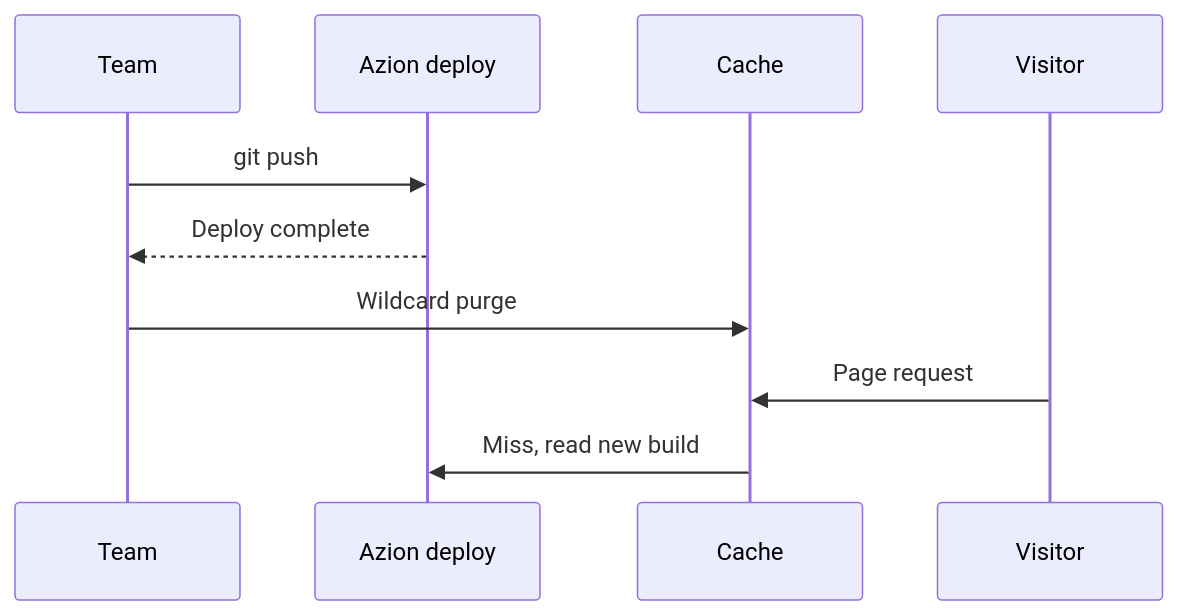
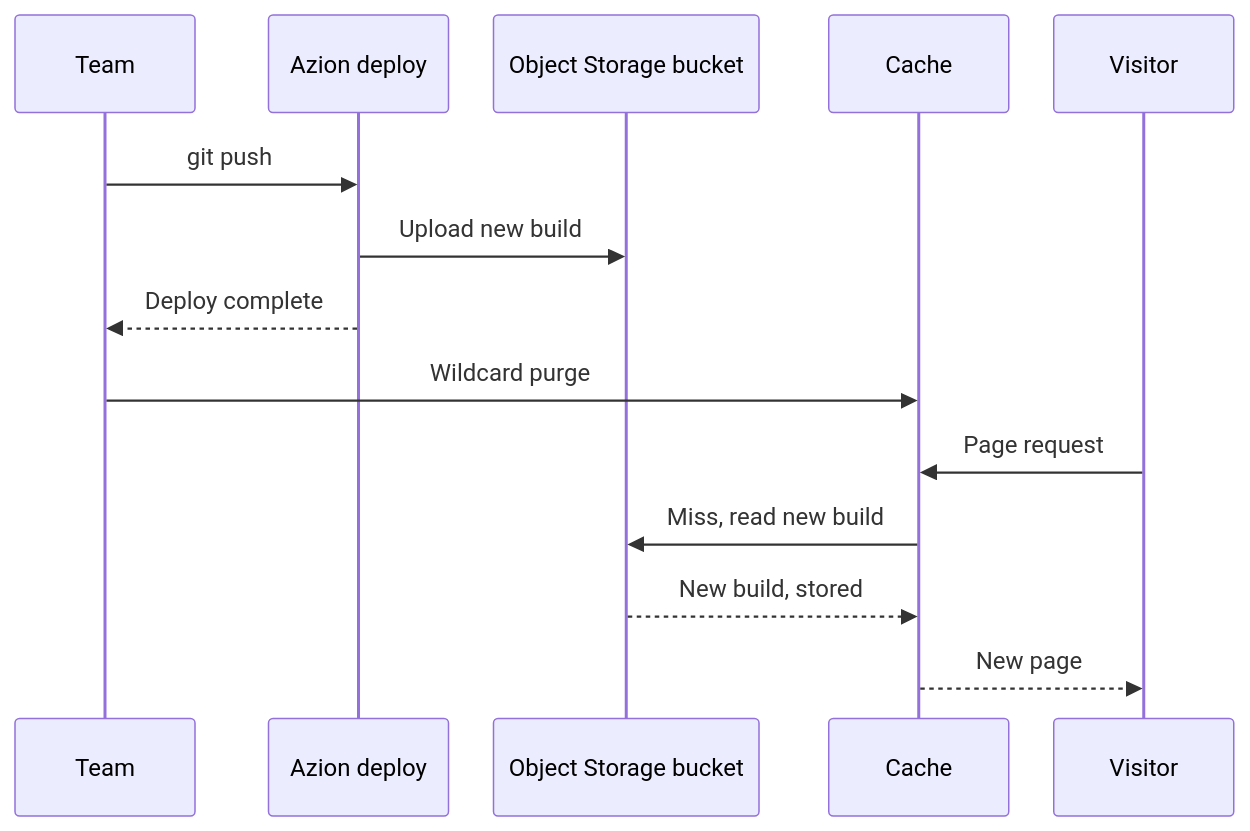
One commit to aziontech/docs changed the second of 2 diagrams in apps/docs/src/content/docs/en/pages/use-cases/build-and-run-applications/build-and-run-marketing-websites.mdx. Above: the diagram before and after it, drawn with Mermaid. The commit also changed other lines of this file and 55 other files, not shown here.

Commit message:
docs(use-cases): redraw the use-case diagrams with the way back and check their claims (#2509)

````diff
--- a/apps/docs/src/content/docs/en/pages/use-cases/build-and-run-applications/build-and-run-marketing-websites.mdx
+++ b/apps/docs/src/content/docs/en/pages/use-cases/build-and-run-applications/build-and-run-marketing-websites.mdx
@@ -92,13 +107,17 @@
 ```mermaid
-%%{init: {"layout": "dagre", "themeVariables": {"fontSize": "13px"}, "flowchart": {"nodeSpacing": 12, "rankSpacing": 12, "padding": 6, "wrappingWidth": 70, "minNodeWidth": 40, "useMaxWidth": true}}}%%
+%%{init: {"layout": "elk", "themeVariables": {"fontSize": "13px"}, "flowchart": {"nodeSpacing": 24, "rankSpacing": 36, "padding": 8, "wrappingWidth": 150, "useMaxWidth": true}, "sequence": {"width": 120, "actorMargin": 30, "useMaxWidth": true}}}%%
 sequenceDiagram
   participant Team as Team
   participant Azion as Azion deploy
+  participant Bucket as Object Storage bucket
   participant Cache as Cache
   participant Visitor as Visitor
   Team->>Azion: git push
+  Azion->>Bucket: Upload new build
   Azion-->>Team: Deploy complete
   Team->>Cache: Wildcard purge
   Visitor->>Cache: Page request
-  Cache->>Azion: Miss, read new build
+  Cache->>Bucket: Miss, read new build
+  Bucket-->>Cache: New build, stored
+  Cache-->>Visitor: New page
 ```
````
